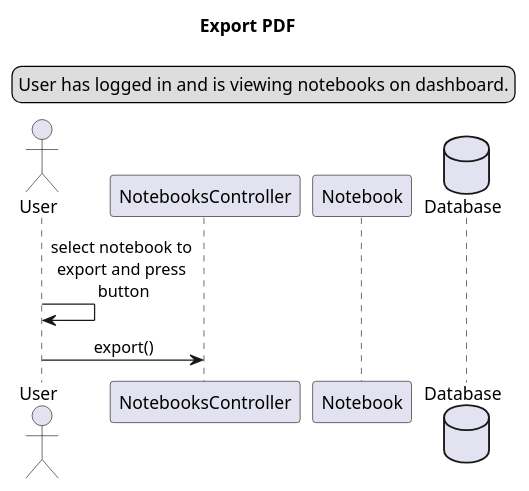
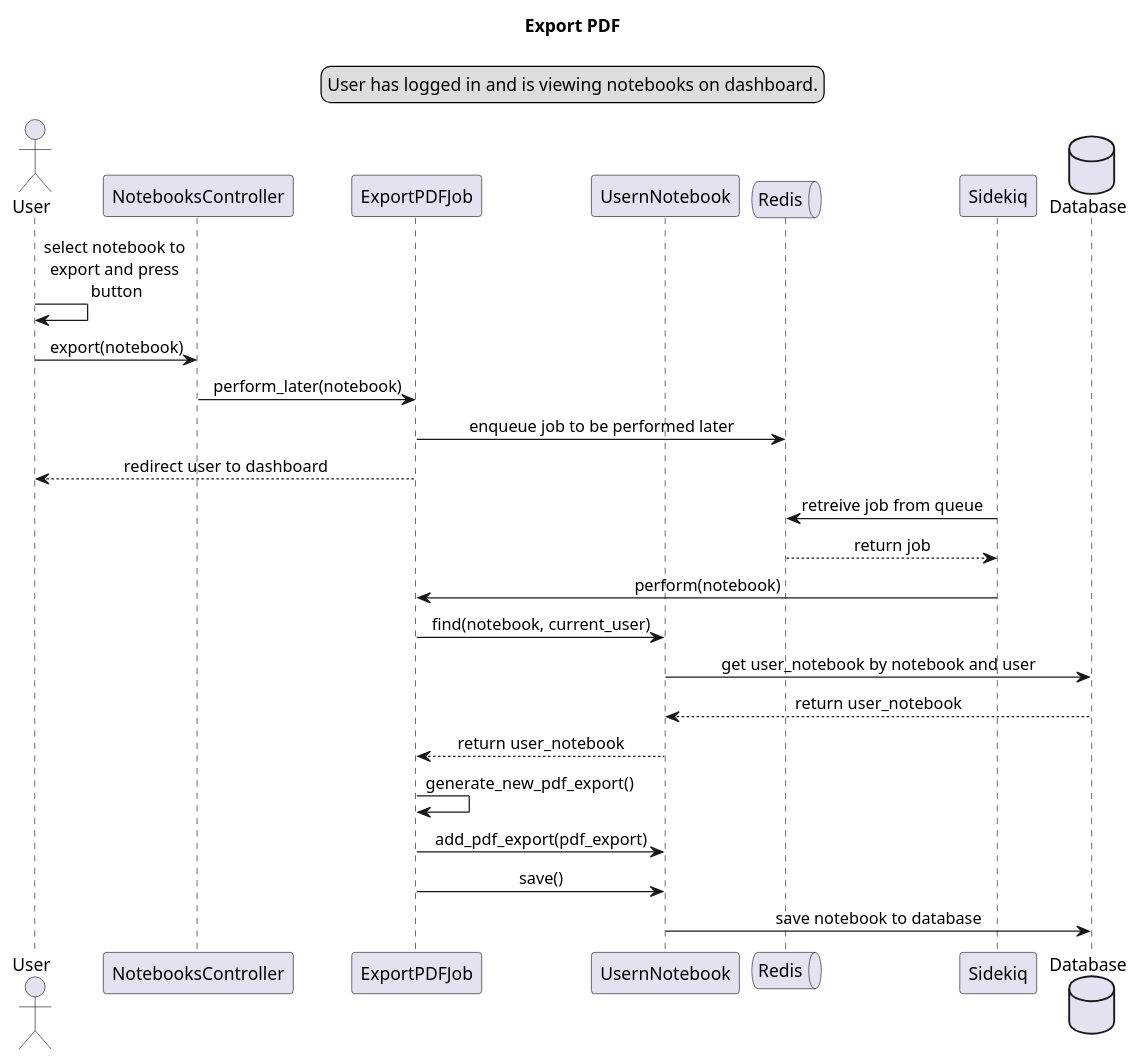
One commit to calebschoepp/canvasync changed the diagram in docs/preliminary_design/export_pdf_seq.plantuml. Above: the diagram before and after it, drawn with PlantUML. The commit also changed 5 other files, not shown here.

```diff
--- a/docs/preliminary_design/export_pdf_seq.plantuml
+++ b/docs/preliminary_design/export_pdf_seq.plantuml
@@ -1,51 +1,34 @@
 @startuml Export PDF
 title Export PDF
 skinparam sequenceMessageAlign center
 
 legend top
 User has logged in and is viewing notebooks on dashboard.
 endlegend
 
 actor User as user
 participant NotebooksController as nc
-participant Notebook as nm
+participant ExportPDFJob as job
+participant UsernNotebook as unm
+queue Redis as q
+participant Sidekiq as kiq
 database Database as db
 
 user -> user : select notebook to \nexport and press \nbutton
-user -> nc : export()
-
-
-
-' user -> pc : new()
-' user <-- pc : render new password form
-' user -> pc : create(email)
-
-' pc -> um : find_by_email(email)
-' um -> db : get user by email
-' um <-- db : return user
-' pc <-- um : return user
-' pc -> pc : generate random reset_token
-' pc -> um : set_request_new_password(reset_token)
-' pc <-- um : return
-' pc -> um : save()
-' um -> db : save user to database
-
-' pc -> email : send email to reset password
-' user <-- email : send email to user
-' user -> user : follow link in email
-' user -> pc : edit()
-' user <-- pc : render edit password form
-' user -> pc : update(email, reset_token)
-
-' pc -> um : find_by_email(email)
-' um -> db : get user by email
-' um <-- db : return user
-' pc <-- um : return user
-' pc -> um : set_password(password)
-' pc <-- um : return
-' pc -> um : save()
-' um -> db : save user to database
-
-' user <- pc : redirect to login page
+user -> nc : export(notebook)
+nc -> job : perform_later(notebook)
+job -> q : enqueue job to be performed later
+user <-- job : redirect user to dashboard
+q <- kiq : retreive job from queue
+q --> kiq : return job
+job <- kiq : perform(notebook)
+job -> unm : find(notebook, current_user)
+unm -> db : get user_notebook by notebook and user
+unm <-- db : return user_notebook
+job <-- unm : return user_notebook
+job -> job : generate_new_pdf_export()
+job -> unm : add_pdf_export(pdf_export)
+job -> unm : save()
+unm -> db : save notebook to database
 
 @enduml
```
